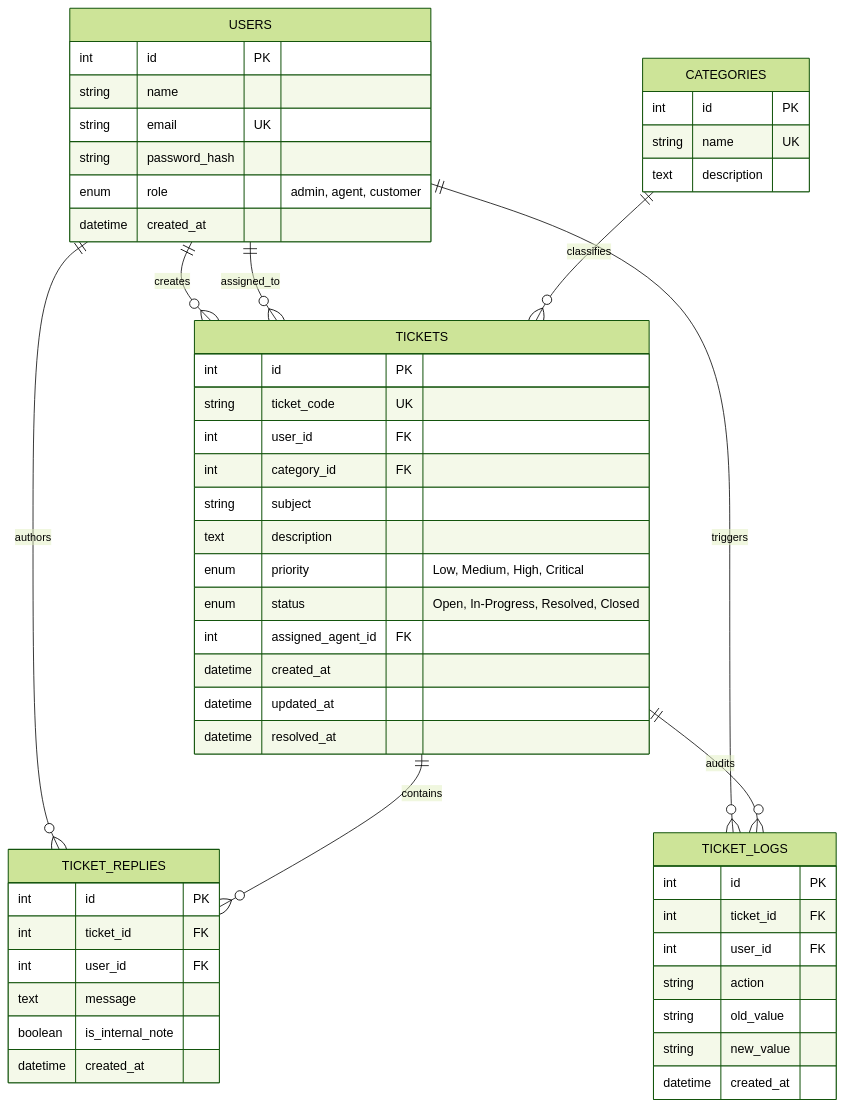
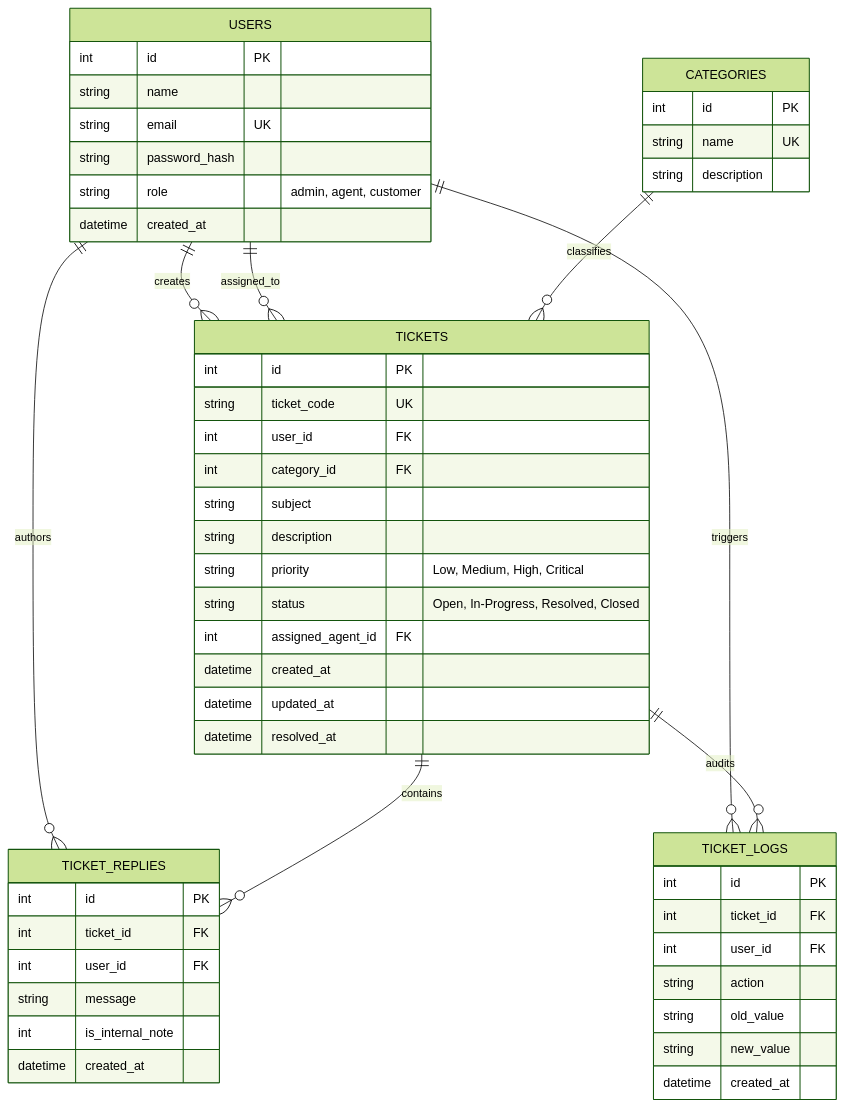
One commit to dikshadamahe/CoreDesk changed the second of 4 diagrams in README.md. Above: the diagram before and after it, drawn with Mermaid (forest theme). The commit also changed other lines of this file and 20 other files, not shown here.

````diff
--- a/README.md
+++ b/README.md
@@ -28,59 +84,59 @@
 ```mermaid
 erDiagram
     USERS ||--o{ TICKETS : "creates"
     USERS ||--o{ TICKETS : "assigned_to"
     USERS ||--o{ TICKET_REPLIES : "authors"
     USERS ||--o{ TICKET_LOGS : "triggers"
     CATEGORIES ||--o{ TICKETS : "classifies"
     TICKETS ||--o{ TICKET_REPLIES : "contains"
     TICKETS ||--o{ TICKET_LOGS : "audits"
 
     USERS {
         int id PK
         string name
         string email UK
         string password_hash
-        enum role "admin, agent, customer"
+        string role "admin, agent, customer"
         datetime created_at
     }
 
     CATEGORIES {
         int id PK
         string name UK
-        text description
+        string description
     }
 
     TICKETS {
         int id PK
         string ticket_code UK
         int user_id FK
         int category_id FK
         string subject
-        text description
-        enum priority "Low, Medium, High, Critical"
-        enum status "Open, In-Progress, Resolved, Closed"
+        string description
+        string priority "Low, Medium, High, Critical"
+        string status "Open, In-Progress, Resolved, Closed"
         int assigned_agent_id FK
         datetime created_at
         datetime updated_at
         datetime resolved_at
     }
 
     TICKET_REPLIES {
         int id PK
         int ticket_id FK
         int user_id FK
-        text message
-        boolean is_internal_note
+        string message
+        int is_internal_note
         datetime created_at
     }
 
     TICKET_LOGS {
         int id PK
         int ticket_id FK
         int user_id FK
         string action
         string old_value
         string new_value
         datetime created_at
     }
 ```
````
